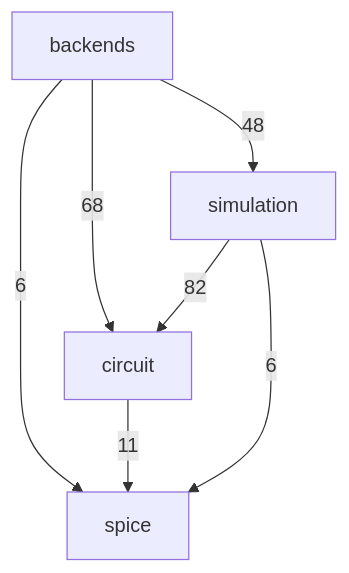
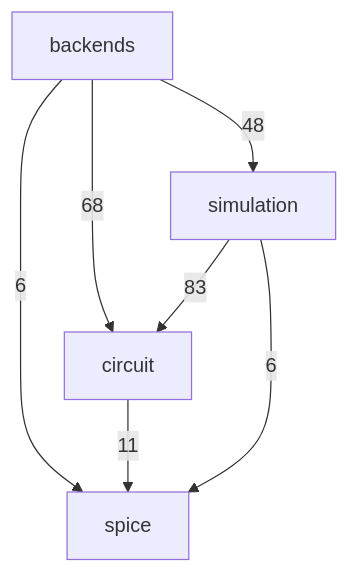
The second of 3 diagrams in docs/architecture.md (ronnymilleo/imcsim), drawn with Mermaid before and after one commit.

Commit message:
Update the include diagram for the shared analysis checks

````diff
--- a/docs/architecture.md
+++ b/docs/architecture.md
@@ -33,13 +33,13 @@
 ```mermaid
 flowchart TD
     app_core_spice[spice]
     app_core_circuit[circuit]
     app_core_simulation[simulation]
     app_core_backends[backends]
     app_core_backends -->|68| app_core_circuit
     app_core_backends -->|48| app_core_simulation
     app_core_backends -->|6| app_core_spice
     app_core_circuit -->|11| app_core_spice
-    app_core_simulation -->|82| app_core_circuit
+    app_core_simulation -->|83| app_core_circuit
     app_core_simulation -->|6| app_core_spice
 ```
````
